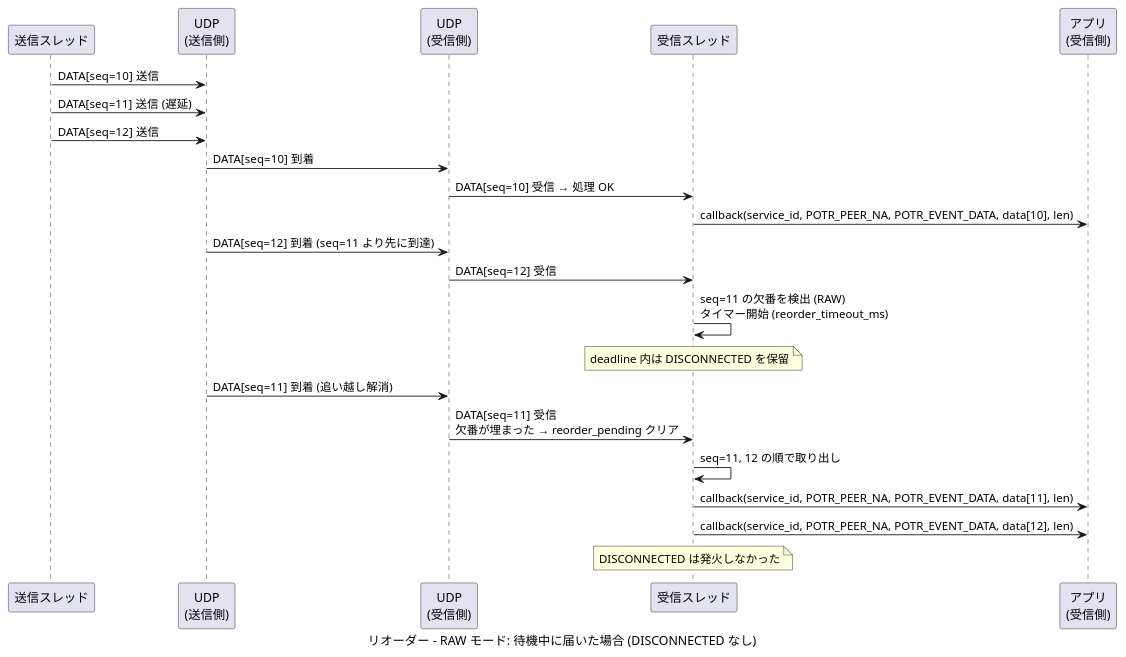
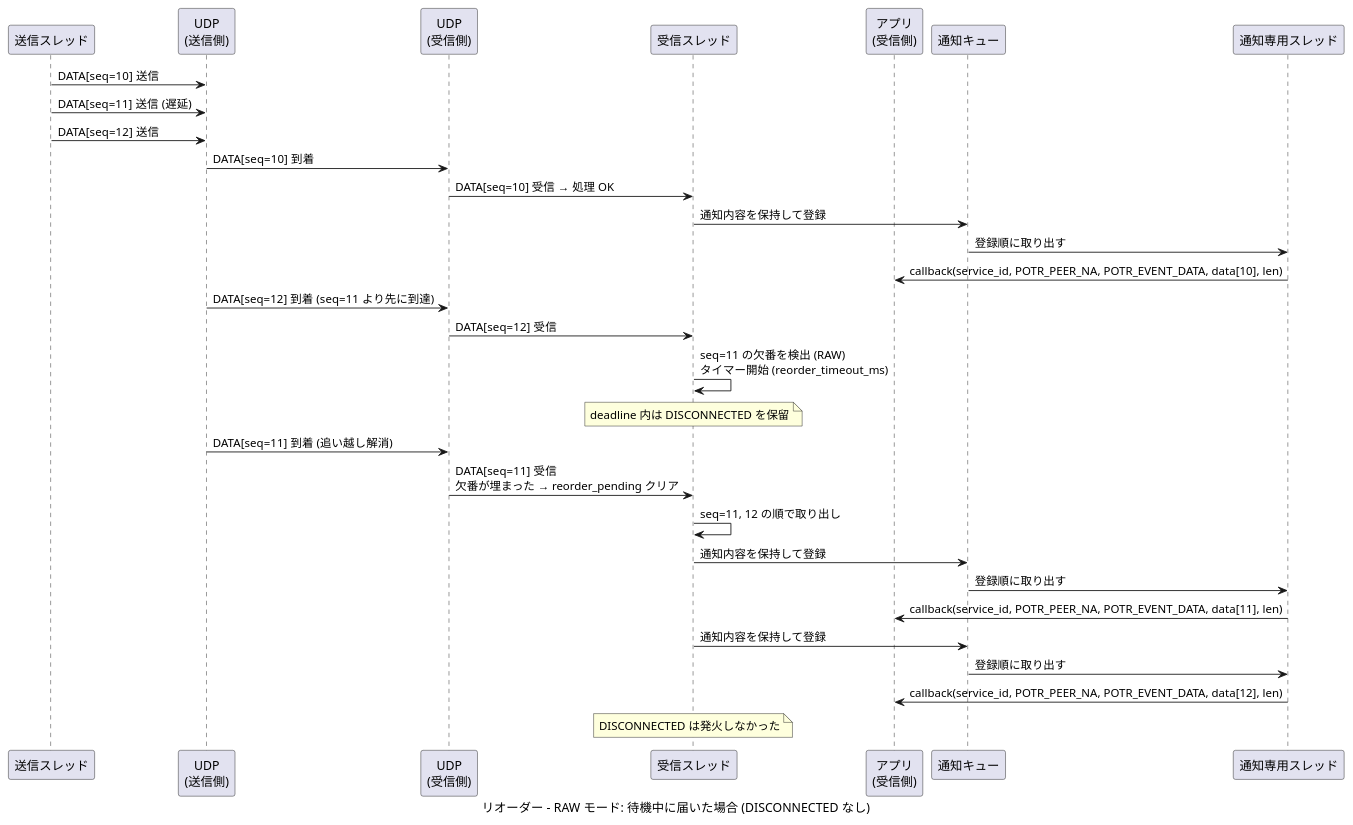
The sixth of 10 diagrams in docs/sequence-data.md (Hondarer/app_porter), drawn with PlantUML before and after one commit. The commit also changed other lines of this file and 52 other files, not shown here.

````diff
--- a/docs/sequence-data.md
+++ b/docs/sequence-data.md
@@ -207,34 +229,42 @@
 ```plantuml
 @startuml リオーダー - RAW モード 待機中に届いた場合
 caption リオーダー - RAW モード: 待機中に届いた場合 (DISCONNECTED なし)
 
 participant "送信スレッド" as ST
 participant "UDP\n(送信側)" as SUDP
 participant "UDP\n(受信側)" as RUDP
 participant "受信スレッド" as RRT
 participant "アプリ\n(受信側)" as RAPP
+participant "通知キュー" as NQ
+participant "通知専用スレッド" as NT
 
 ST -> SUDP: DATA[seq=10] 送信
 ST -> SUDP: DATA[seq=11] 送信 (遅延)
 ST -> SUDP: DATA[seq=12] 送信
 
 SUDP -> RUDP: DATA[seq=10] 到着
 RUDP -> RRT: DATA[seq=10] 受信 → 処理 OK
-RRT -> RAPP: callback(service_id, POTR_PEER_NA, POTR_EVENT_DATA, data[10], len)
+RRT -> NQ: 通知内容を保持して登録
+NQ -> NT: 登録順に取り出す
+NT -> RAPP: callback(service_id, POTR_PEER_NA, POTR_EVENT_DATA, data[10], len)
 
 SUDP -> RUDP: DATA[seq=12] 到着 (seq=11 より先に到達)
 
 RUDP -> RRT: DATA[seq=12] 受信
 RRT -> RRT: seq=11 の欠番を検出 (RAW)\nタイマー開始 (reorder_timeout_ms)
 note over RRT: deadline 内は DISCONNECTED を保留
 
 SUDP -> RUDP: DATA[seq=11] 到着 (追い越し解消)
 RUDP -> RRT: DATA[seq=11] 受信\n欠番が埋まった → reorder_pending クリア
 RRT -> RRT: seq=11, 12 の順で取り出し
-RRT -> RAPP: callback(service_id, POTR_PEER_NA, POTR_EVENT_DATA, data[11], len)
-RRT -> RAPP: callback(service_id, POTR_PEER_NA, POTR_EVENT_DATA, data[12], len)
+RRT -> NQ: 通知内容を保持して登録
+NQ -> NT: 登録順に取り出す
+NT -> RAPP: callback(service_id, POTR_PEER_NA, POTR_EVENT_DATA, data[11], len)
+RRT -> NQ: 通知内容を保持して登録
+NQ -> NT: 登録順に取り出す
+NT -> RAPP: callback(service_id, POTR_PEER_NA, POTR_EVENT_DATA, data[12], len)
 
 note over RRT: DISCONNECTED は発火しなかった
 
 @enduml
 ```
````
